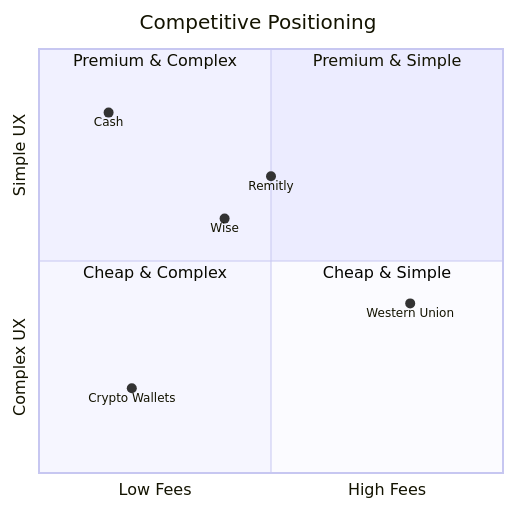
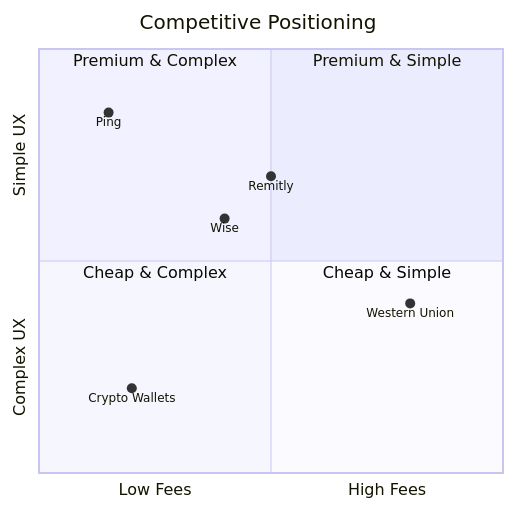
Before and after one commit to ping-cash/ping-cash: diagram 12 of 12 in README.md, drawn with Mermaid. The commit also changed other lines of this file and 38 other files, not shown here.

First line of the commit message:
chore: rebrand Cash → Ping; migrate to ping-cash/ping-cash

````diff
--- a/README.md
+++ b/README.md
@@ -457,16 +457,16 @@
 ```mermaid
 quadrantChart
     title Competitive Positioning
     x-axis Low Fees --> High Fees
     y-axis Complex UX --> Simple UX
     quadrant-1 Premium & Simple
     quadrant-2 Premium & Complex
     quadrant-3 Cheap & Complex
     quadrant-4 Cheap & Simple
 
     Western Union: [0.8, 0.4]
     Wise: [0.4, 0.6]
     Remitly: [0.5, 0.7]
     Crypto Wallets: [0.2, 0.2]
-    Cash: [0.15, 0.85]
+    Ping: [0.15, 0.85]
 ```
````
